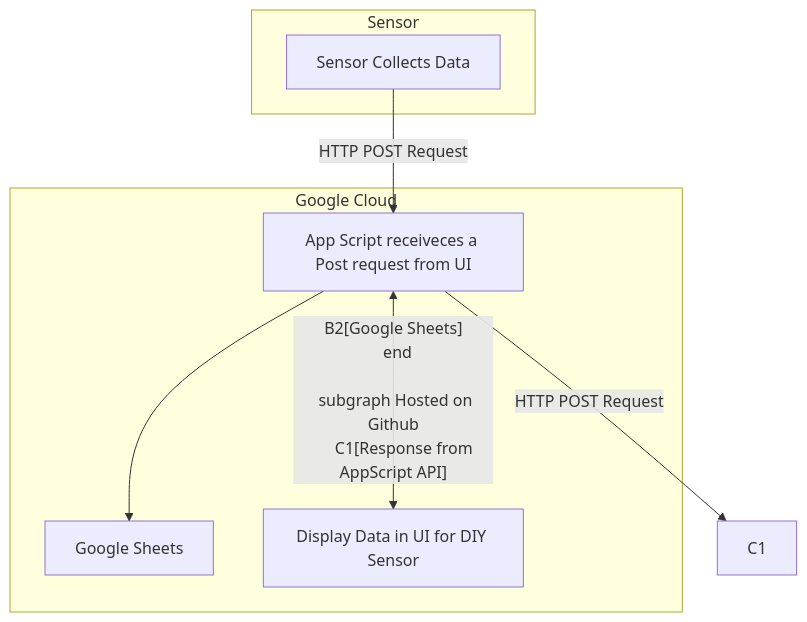
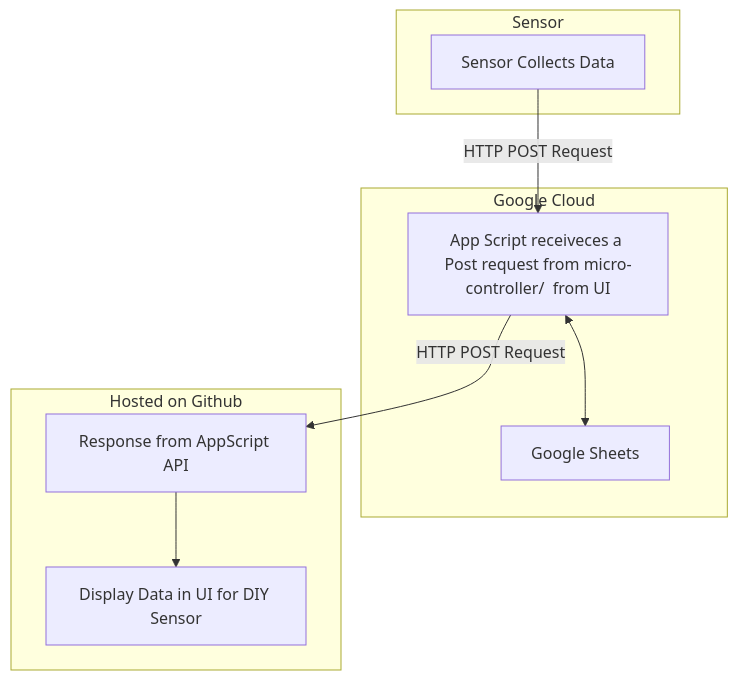
One commit to jonss0777/DIY_Sensor changed the diagram in README.md. Above: the diagram before and after it, drawn with Mermaid.

````diff
--- a/README.md
+++ b/README.md
@@ -7,19 +7,19 @@
 ```mermaid
   flowchart TD
     subgraph Sensor
         A1[Sensor Collects Data]
     end
 
     subgraph Google Cloud
-        B1[App Script receiveces a Post request from micro-controller] --> B2[Google Sheets]
-        B1[App Script receiveces a Post request from UI] <-- B2[Google Sheets]
+        B1[App Script receiveces a Post request from micro-controller/  from UI] <--> B2[Google Sheets]
+       
     end
 
     subgraph Hosted on Github
         C1[Response from AppScript API] --> C2[Display Data in UI for DIY Sensor]
     end
 
     A1 --> |HTTP POST Request|B1
     B1 --> |HTTP POST Request|C1
 
 ```
````
